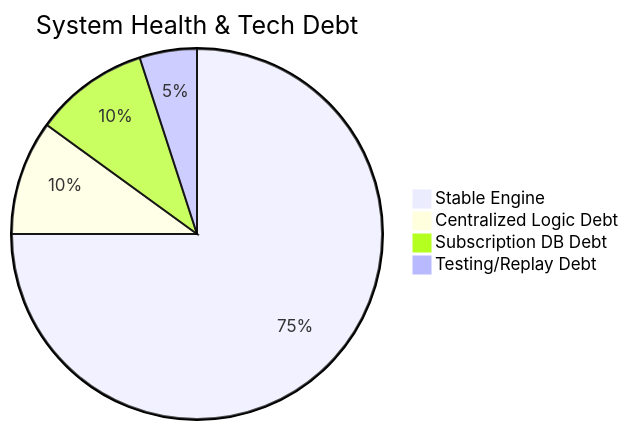
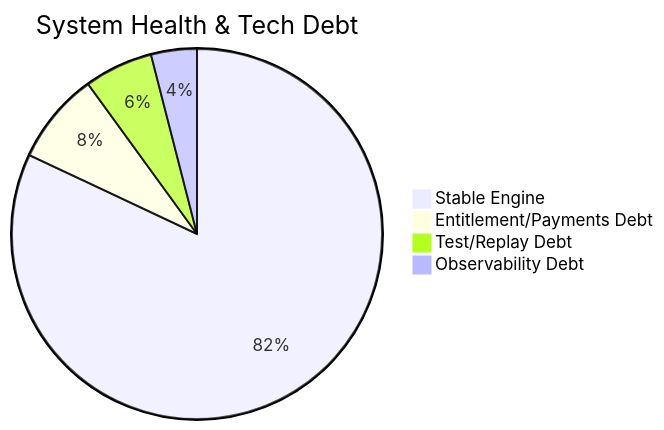
One commit to ivanmladek/PolyWeather changed the diagram in docs/TECH_DEBT.md. Above: the diagram before and after it, drawn with Mermaid. The commit also changed other lines of this file and 5 other files, not shown here.

Commit message:
feat: fully migrate frontend to a React component-driven architecture and expand project documentation.

````diff
--- a/docs/TECH_DEBT.md
+++ b/docs/TECH_DEBT.md
@@ -9,7 +9,7 @@
 ```mermaid
 pie title System Health & Tech Debt
-    "Stable Engine" : 75
-    "Centralized Logic Debt" : 10
-    "Subscription DB Debt" : 10
-    "Testing/Replay Debt" : 5
+    "Stable Engine" : 82
+    "Entitlement/Payments Debt" : 8
+    "Test/Replay Debt" : 6
+    "Observability Debt" : 4
 ```
````
